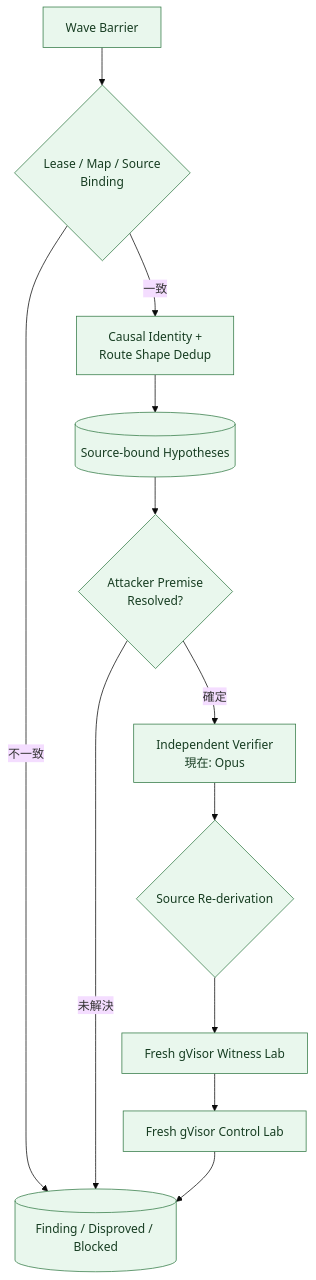
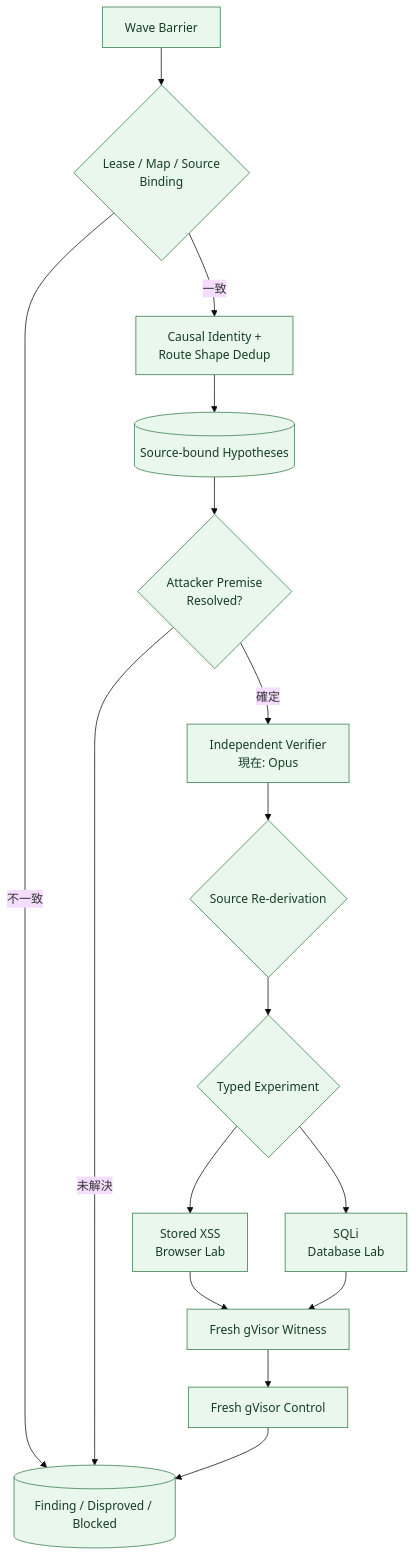
One commit to momoponwork1415-lgtm/wordpress-harness changed the fifth of 7 diagrams in docs/design/architecture/exploration-agent-architecture.md. Above: the diagram before and after it, drawn with Mermaid (base theme). The commit also changed other lines of this file and 11 other files, not shown here.

````diff
--- a/docs/design/architecture/exploration-agent-architecture.md
+++ b/docs/design/architecture/exploration-agent-architecture.md
@@ -201,22 +219,28 @@
 ```mermaid
 flowchart TB
     barrier["Wave Barrier"]
     bind{"Lease / Map / Source<br/>Binding"}
     dedupe["Causal Identity +<br/>Route Shape Dedup"]
     hypotheses[("Source-bound Hypotheses")]
     premise{"Attacker Premise<br/>Resolved?"}
     verifier["Independent Verifier<br/>現在: Opus"]
     source{"Source Re-derivation"}
-    witness["Fresh gVisor Witness Lab"]
-    control["Fresh gVisor Control Lab"]
+    mechanism{"Typed Experiment"}
+    xss["Stored XSS<br/>Browser Lab"]
+    sqli["SQLi<br/>Database Lab"]
+    witness["Fresh gVisor Witness"]
+    control["Fresh gVisor Control"]
     outcome[("Finding / Disproved / Blocked")]
 
     barrier --> bind
     bind -->|"不一致"| outcome
     bind -->|"一致"| dedupe --> hypotheses --> premise
     premise -->|"未解決"| outcome
-    premise -->|"確定"| verifier --> source --> witness --> control --> outcome
+    premise -->|"確定"| verifier --> source --> mechanism
+    mechanism --> xss --> witness
+    mechanism --> sqli --> witness
+    witness --> control --> outcome
 
     classDef done fill:#e9f7ed,stroke:#337a46,color:#173d22;
-    class barrier,bind,dedupe,hypotheses,premise,verifier,source,witness,control,outcome done;
+    class barrier,bind,dedupe,hypotheses,premise,verifier,source,mechanism,xss,sqli,witness,control,outcome done;
 ```
````
